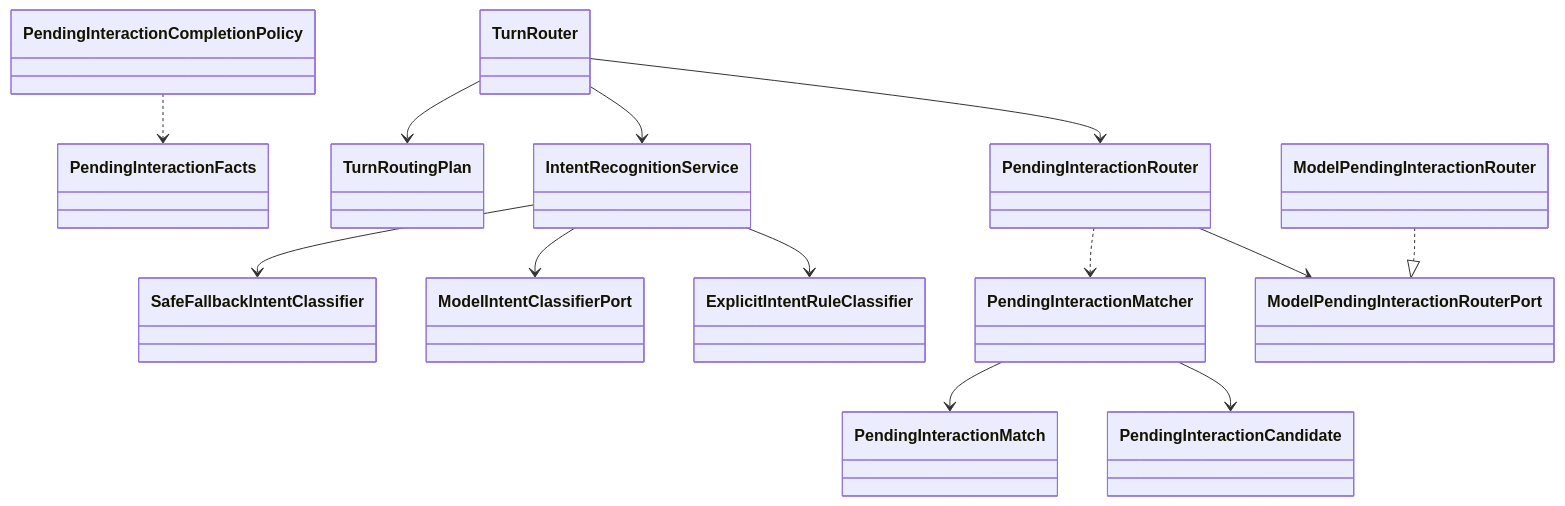
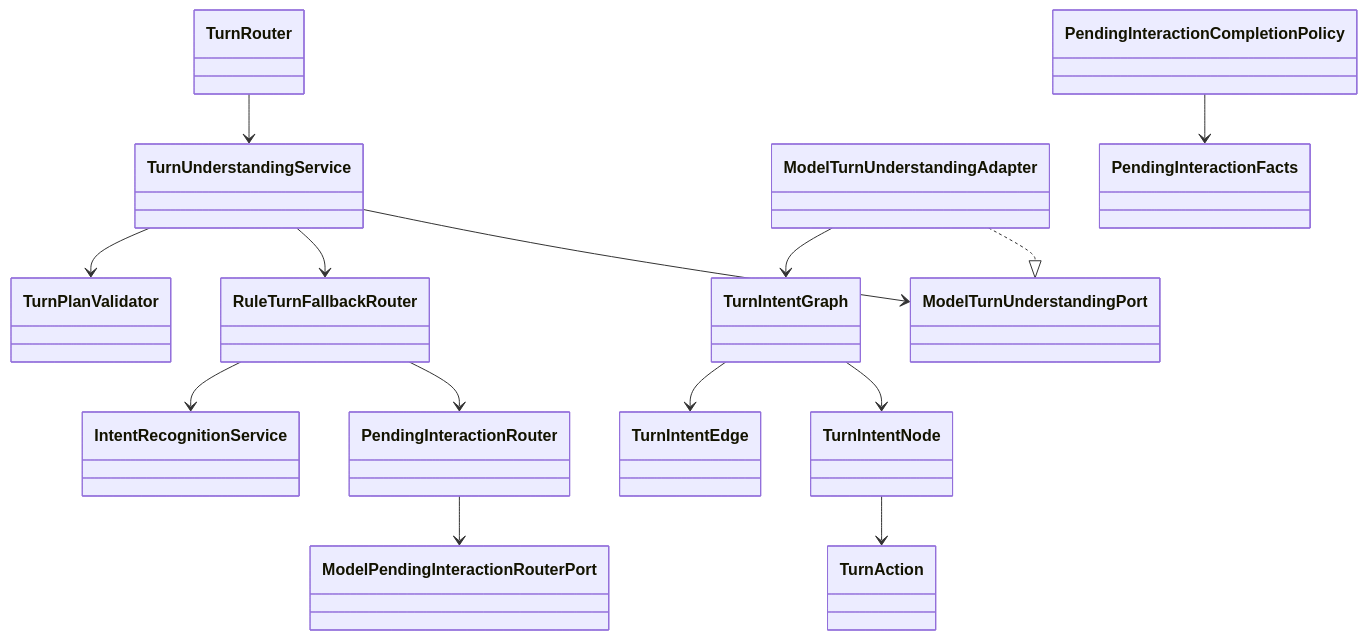
The diagram in backend/src/main/java/com/funjson/metaagent/intent/README.md (funjson/meta-agent), drawn with Mermaid before and after one commit. The commit also changed other lines of this file and 89 other files, not shown here.

````diff
--- a/backend/src/main/java/com/funjson/metaagent/intent/README.md
+++ b/backend/src/main/java/com/funjson/metaagent/intent/README.md
@@ -14,15 +13,16 @@
 ```mermaid
 classDiagram
-  IntentRecognitionService --> ExplicitIntentRuleClassifier
-  IntentRecognitionService --> ModelIntentClassifierPort
-  IntentRecognitionService --> SafeFallbackIntentClassifier
-  PendingInteractionMatcher --> PendingInteractionCandidate
-  PendingInteractionMatcher --> PendingInteractionMatch
+  TurnRouter --> TurnUnderstandingService
+  TurnUnderstandingService --> ModelTurnUnderstandingPort
+  TurnUnderstandingService --> RuleTurnFallbackRouter
+  TurnUnderstandingService --> TurnPlanValidator
+  ModelTurnUnderstandingAdapter ..|> ModelTurnUnderstandingPort
+  ModelTurnUnderstandingAdapter --> TurnIntentGraph
+  TurnIntentGraph --> TurnIntentNode
+  TurnIntentGraph --> TurnIntentEdge
+  TurnIntentNode --> TurnAction
+  RuleTurnFallbackRouter --> PendingInteractionRouter
+  RuleTurnFallbackRouter --> IntentRecognitionService
   PendingInteractionRouter --> ModelPendingInteractionRouterPort
-  PendingInteractionRouter ..> PendingInteractionMatcher
-  PendingInteractionCompletionPolicy ..> PendingInteractionFacts
-  TurnRouter --> PendingInteractionRouter
-  TurnRouter --> IntentRecognitionService
-  TurnRouter --> TurnRoutingPlan
-  ModelPendingInteractionRouter ..|> ModelPendingInteractionRouterPort
+  PendingInteractionCompletionPolicy --> PendingInteractionFacts
 ```
````
